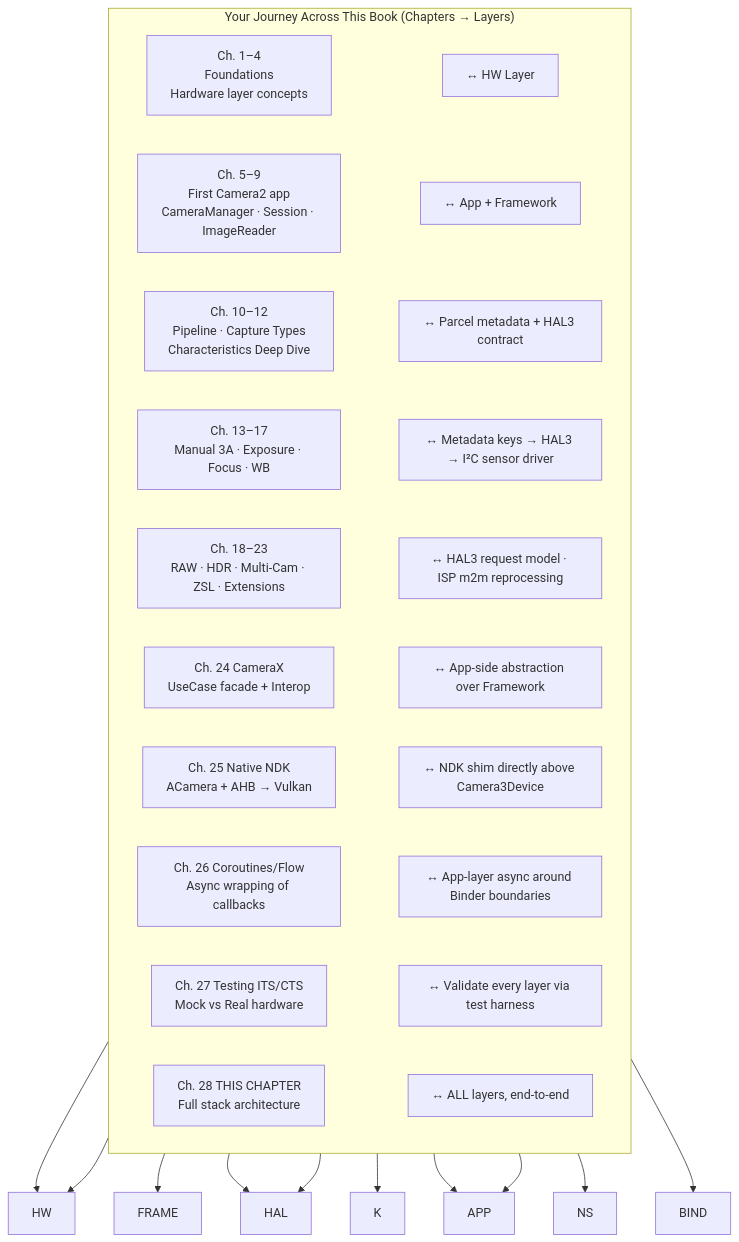
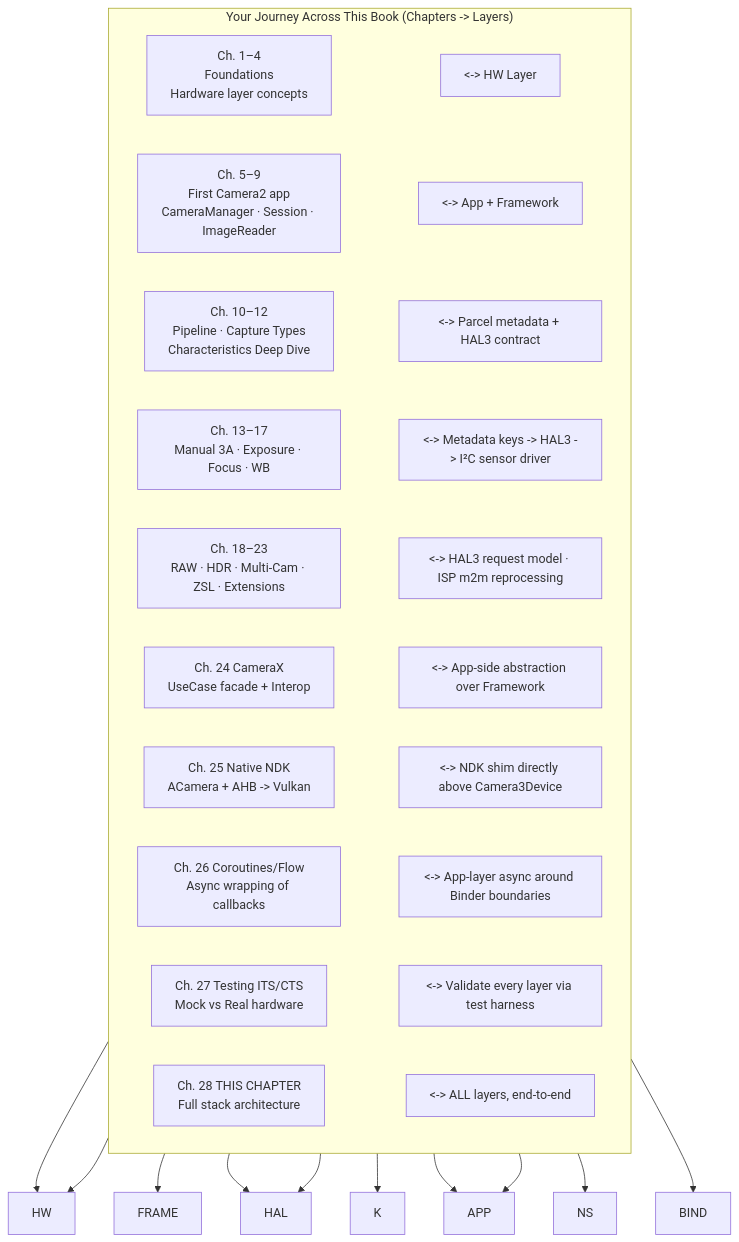
The fourth of 4 diagrams in website/docs/camera2/camera2-architecture.md (zoozooll/AndroidCameraParameters), drawn with Mermaid before and after one commit. The commit also changed other lines of this file and 77 other files, not shown here.

First line of the commit message:
docs: standardize Mermaid syntax and polish 3A pipeline translations

````diff
--- a/website/docs/camera2/camera2-architecture.md
+++ b/website/docs/camera2/camera2-architecture.md
@@ -276,26 +276,26 @@
 ```mermaid
 flowchart TB
-    subgraph Journey["Your Journey Across This Book (Chapters → Layers)"]
+    subgraph Journey["Your Journey Across This Book (Chapters -> Layers)"]
         direction LR
-        C1["Ch. 1–4<br/>Foundations<br/>Hardware layer concepts"] ~~~ H_L1["↔ HW Layer"]
-        C2["Ch. 5–9<br/>First Camera2 app<br/>CameraManager · Session · ImageReader"] ~~~ H_L2["↔ App + Framework"]
-        C3["Ch. 10–12<br/>Pipeline · Capture Types<br/>Characteristics Deep Dive"] ~~~ H_L3["↔ Parcel metadata + HAL3 contract"]
-        C4["Ch. 13–17<br/>Manual 3A · Exposure · Focus · WB"] ~~~ H_L4["↔ Metadata keys → HAL3 → I²C sensor driver"]
-        C5["Ch. 18–23<br/>RAW · HDR · Multi-Cam · ZSL · Extensions"] ~~~ H_L5["↔ HAL3 request model · ISP m2m reprocessing"]
-        C6["Ch. 24 CameraX<br/>UseCase facade + Interop"] ~~~ H_L6["↔ App-side abstraction over Framework"]
-        C7["Ch. 25 Native NDK<br/>ACamera + AHB → Vulkan"] ~~~ H_L7["↔ NDK shim directly above Camera3Device"]
-        C8["Ch. 26 Coroutines/Flow<br/>Async wrapping of callbacks"] ~~~ H_L8["↔ App-layer async around Binder boundaries"]
-        C9["Ch. 27 Testing ITS/CTS<br/>Mock vs Real hardware"] ~~~ H_L9["↔ Validate every layer via test harness"]
-        C10["Ch. 28 THIS CHAPTER<br/>Full stack architecture"] ~~~ H_L10["↔ ALL layers, end-to-end"]
+        C1["Ch. 1–4<br/>Foundations<br/>Hardware layer concepts"] ~~~ H_L1["<-> HW Layer"]
+        C2["Ch. 5–9<br/>First Camera2 app<br/>CameraManager · Session · ImageReader"] ~~~ H_L2["<-> App + Framework"]
+        C3["Ch. 10–12<br/>Pipeline · Capture Types<br/>Characteristics Deep Dive"] ~~~ H_L3["<-> Parcel metadata + HAL3 contract"]
+        C4["Ch. 13–17<br/>Manual 3A · Exposure · Focus · WB"] ~~~ H_L4["<-> Metadata keys -> HAL3 -> I²C sensor driver"]
+        C5["Ch. 18–23<br/>RAW · HDR · Multi-Cam · ZSL · Extensions"] ~~~ H_L5["<-> HAL3 request model · ISP m2m reprocessing"]
+        C6["Ch. 24 CameraX<br/>UseCase facade + Interop"] ~~~ H_L6["<-> App-side abstraction over Framework"]
+        C7["Ch. 25 Native NDK<br/>ACamera + AHB -> Vulkan"] ~~~ H_L7["<-> NDK shim directly above Camera3Device"]
+        C8["Ch. 26 Coroutines/Flow<br/>Async wrapping of callbacks"] ~~~ H_L8["<-> App-layer async around Binder boundaries"]
+        C9["Ch. 27 Testing ITS/CTS<br/>Mock vs Real hardware"] ~~~ H_L9["<-> Validate every layer via test harness"]
+        C10["Ch. 28 THIS CHAPTER<br/>Full stack architecture"] ~~~ H_L10["<-> ALL layers, end-to-end"]
     end
     H_L1 --> HW
     H_L2 --> FRAME
     H_L3 --> HAL
     H_L4 --> K
     H_L5 --> HAL
     H_L6 --> APP
     H_L7 --> NS
     H_L8 --> APP
     H_L9 --> BIND
     H_L10 --> HW
 ```
````
